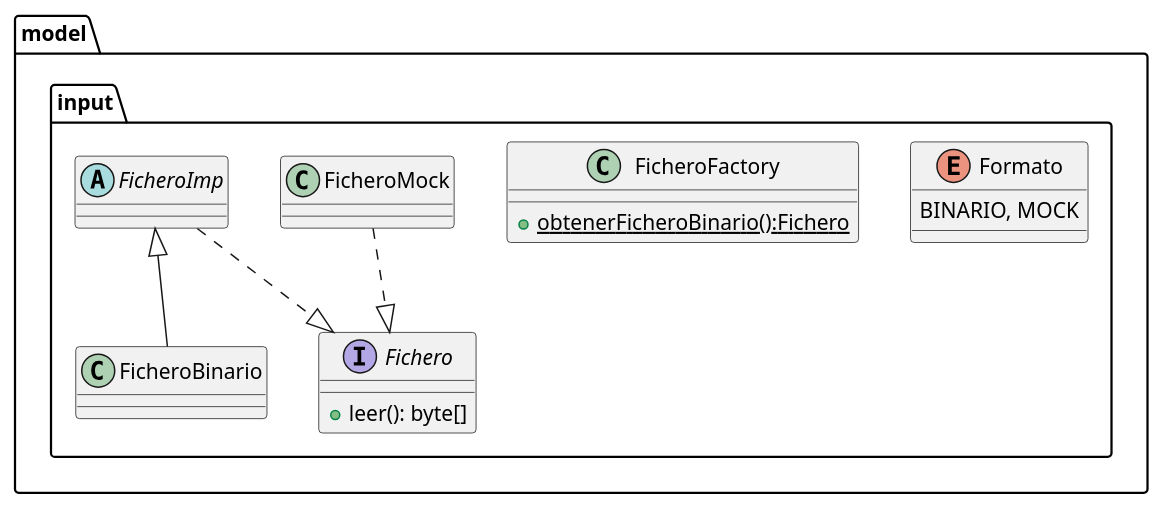
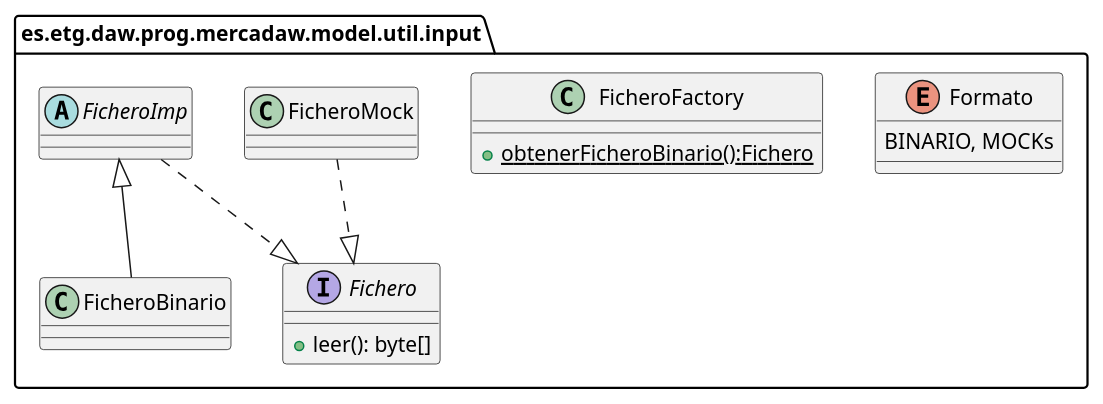
Before and after one commit to dmadcha/mercadaw_trabajo_ev3: the diagram in design/Clases/ClasesInput.pu, drawn with PlantUML. The commit also changed 2 other files, not shown here.

Commit message:
Actualizacion diagrama de las clases reader, input y export

```diff
--- a/design/Clases/ClasesInput.pu
+++ b/design/Clases/ClasesInput.pu
@@ -1,35 +1,36 @@
-@startuml fichero
+@startuml input
 
-    package model{
-        package input{
-            enum Formato{
-                BINARIO, MOCK
-            }
+set separator none
+package es.etg.daw.prog.mercadaw.model.util.input{
 
-            class FicheroFactory{
-                {static} + obtenerFicheroBinario():Fichero
-            }
-
-            class FicheroMock{
-
-            }
-
-            class FicheroBinario{
-
-            }
-
-            abstract FicheroImp{
-
-            }
-
-            interface Fichero{
-                + leer(): byte[] 
-                
-            }
-        }
+    enum Formato{
+        BINARIO, MOCKs
     }
 
-     FicheroImp <|-- FicheroBinario 
-     FicheroMock ..|> Fichero 
-     FicheroImp ..|> Fichero
+    class FicheroFactory{
+        {static} + obtenerFicheroBinario():Fichero
+    }
+
+    class FicheroMock{
+
+    }
+
+    class FicheroBinario{
+
+    }
+
+    abstract FicheroImp{
+
+    }
+
+    interface Fichero{
+        + leer(): byte[]
+
+    }
+}
+
+
+FicheroImp <|-- FicheroBinario
+FicheroMock ..|> Fichero
+FicheroImp ..|> Fichero
 @enduml
```
